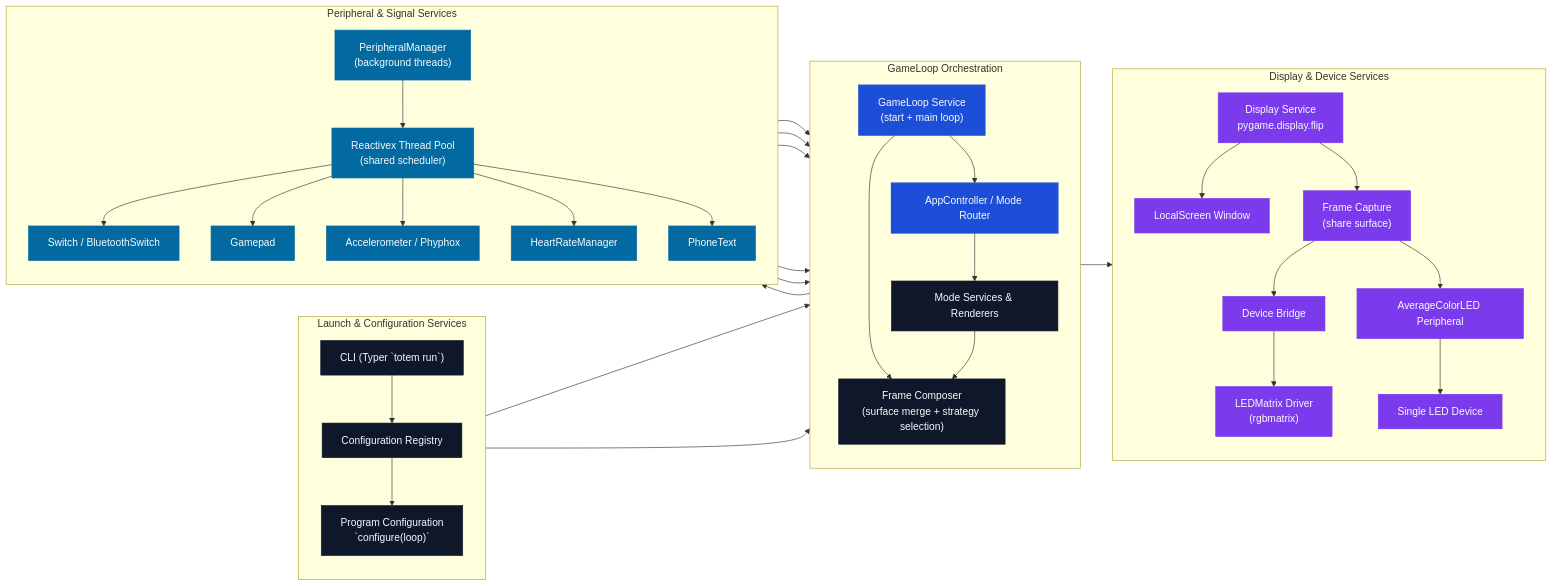
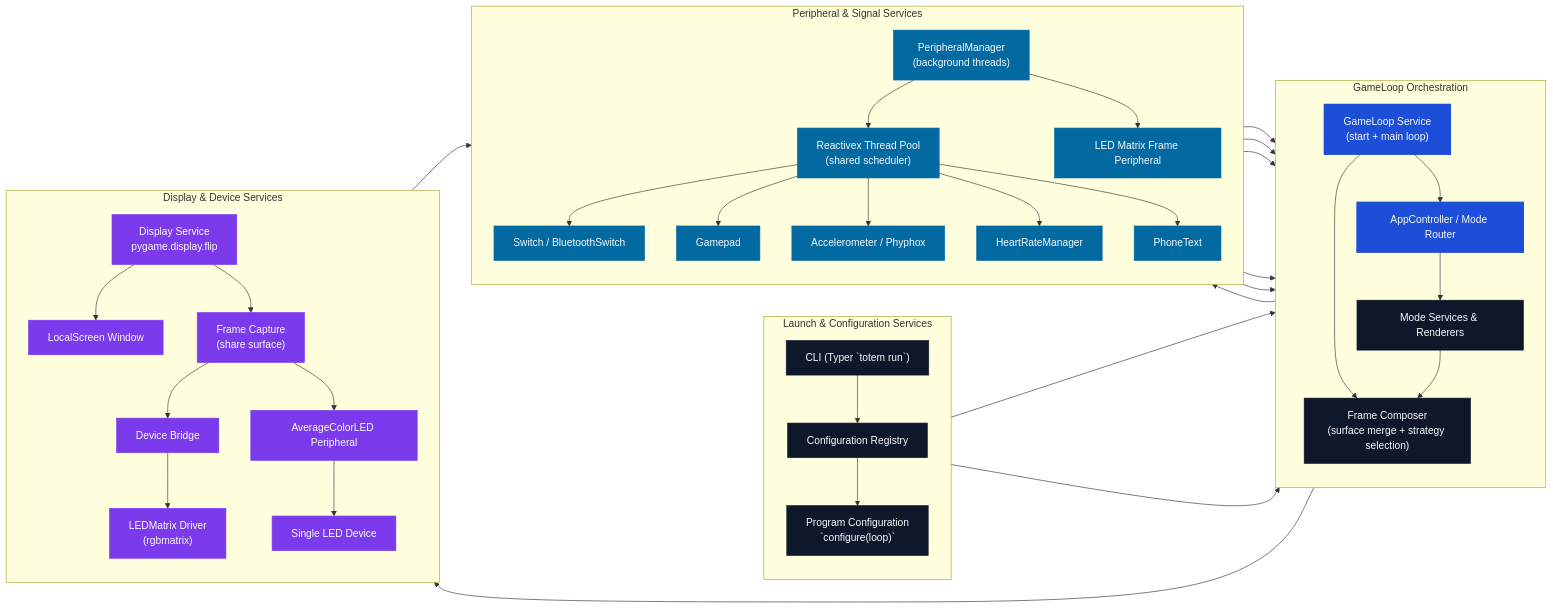
Before and after one commit to Organization5762/heart: the diagram in docs/code_flow.md, drawn with Mermaid. The commit also changed 11 other files, not shown here.

````diff
--- a/docs/code_flow.md
+++ b/docs/code_flow.md
@@ -19,66 +19,69 @@
 ```mermaid
 flowchart LR
     %% Visual classes for different service categories
     classDef orchestrator fill:#1d4ed8,stroke:#1d4ed8,color:#f8fafc,stroke-width:2px;
     classDef service fill:#0f172a,stroke:#0f172a,color:#f8fafc;
     classDef input fill:#0369a1,stroke:#0369a1,color:#f8fafc;
     classDef output fill:#7c3aed,stroke:#7c3aed,color:#f8fafc;
 
     subgraph Launch["Launch & Configuration Services"]
         direction TB
         CLI["CLI (Typer `totem run`)"]
         Registry["Configuration Registry"]
         Configurer["Program Configuration\n`configure(loop)`"]
     end
 
     subgraph Runtime["GameLoop Orchestration"]
         direction TB
         Loop["GameLoop Service\n(start + main loop)"]
         AppRouter["AppController / Mode Router"]
         ModeServices["Mode Services & Renderers"]
         FrameComposer["Frame Composer\n(surface merge + strategy selection)"]
     end
 
     subgraph Inputs["Peripheral & Signal Services"]
         direction TB
         PeripheralMgr["PeripheralManager\n(background threads)"]
         RxScheduler["Reactivex Thread Pool\n(shared scheduler)"]
         Switch["Switch / BluetoothSwitch"]
         Gamepad["Gamepad"]
         Sensors["Accelerometer / Phyphox"]
         HeartRate["HeartRateManager"]
         PhoneText["PhoneText"]
+        DisplayFrame["LED Matrix Frame Peripheral"]
     end
 
     subgraph Outputs["Display & Device Services"]
         direction TB
         DisplaySvc["Display Service\npygame.display.flip"]
         LocalScreen["LocalScreen Window"]
         Capture["Frame Capture\n(share surface)"]
         DeviceBridge["Device Bridge"]
         LedMatrix["LEDMatrix Driver\n(rgbmatrix)"]
         AverageMirror["AverageColorLED Peripheral"]
         SingleLED["Single LED Device"]
     end
 
     CLI --> Registry --> Configurer --> Loop
     Configurer --> AppRouter
     Loop --> AppRouter
     Loop --> FrameComposer
     AppRouter --> ModeServices --> FrameComposer --> DisplaySvc
     DisplaySvc --> LocalScreen
     DisplaySvc --> Capture --> DeviceBridge --> LedMatrix
     Capture --> AverageMirror --> SingleLED
 
     Loop --> PeripheralMgr --> RxScheduler
     RxScheduler --> Switch --> AppRouter
     RxScheduler --> Gamepad --> AppRouter
     RxScheduler --> Sensors --> AppRouter
     RxScheduler --> HeartRate --> AppRouter
     RxScheduler --> PhoneText --> AppRouter
+    PeripheralMgr --> DisplayFrame
+    DisplaySvc --> DisplayFrame
 
     class CLI,Registry,Configurer,ModeServices,FrameComposer service;
     class Loop,AppRouter orchestrator;
-    class PeripheralMgr,RxScheduler,Switch,Gamepad,Sensors,HeartRate,PhoneText input;
+    class PeripheralMgr,RxScheduler,Switch,Gamepad,Sensors,HeartRate,PhoneText,DisplayFrame input;
     class DisplaySvc,LocalScreen,Capture,DeviceBridge,LedMatrix,AverageMirror,SingleLED output;
 ```
````
